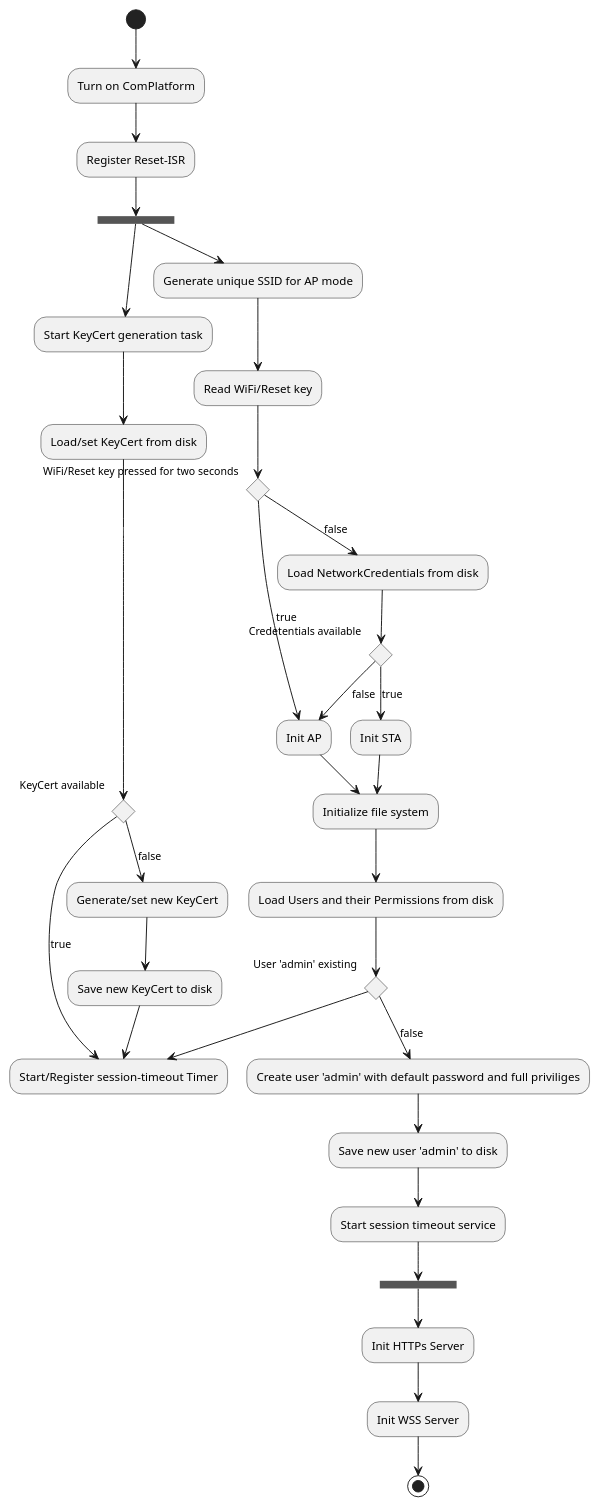
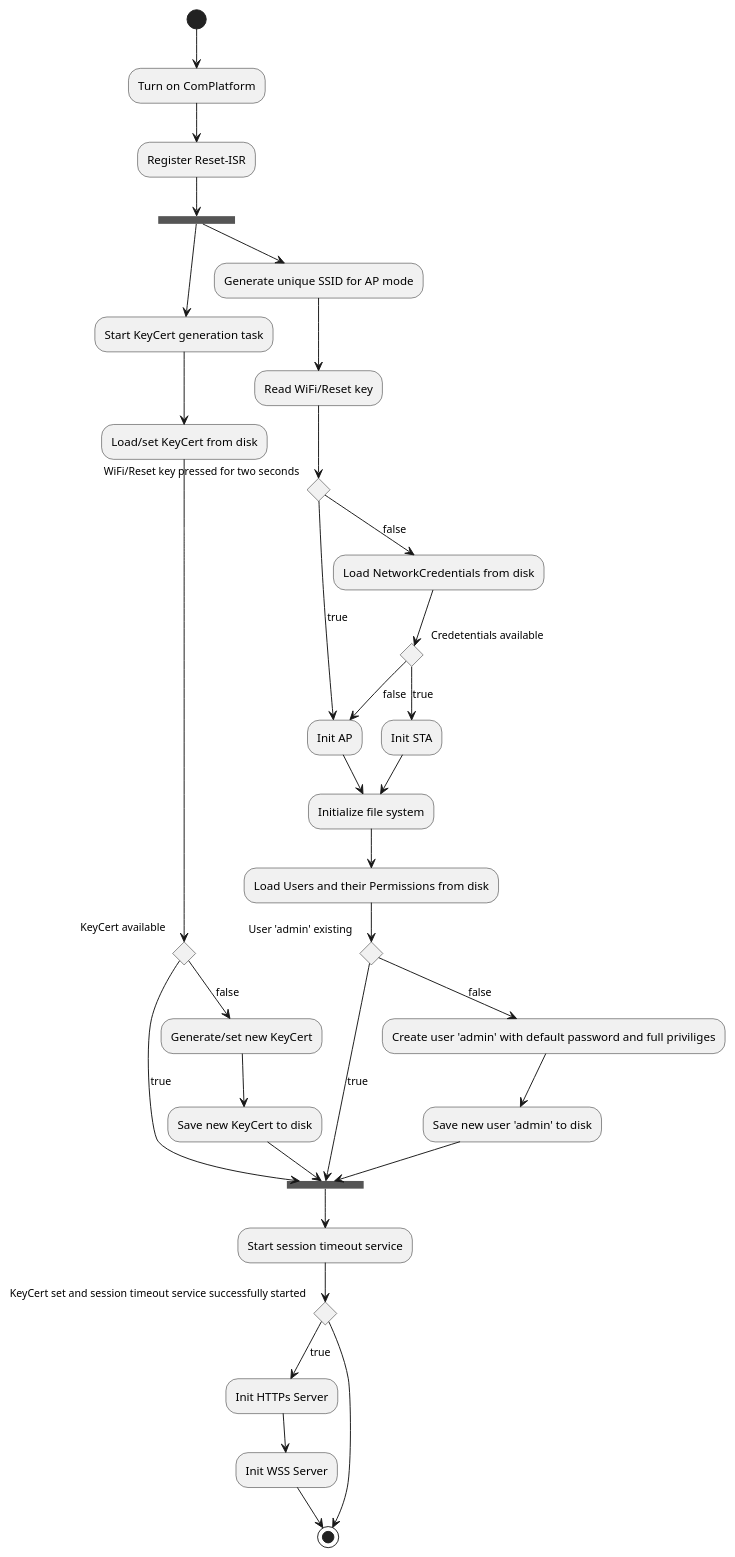
Before and after one commit to NewTec-GmbH/ZumoComSystem: the diagram in doc/design/server/ActivityDiagrams/01_System_Init.plantuml, drawn with PlantUML. The commit also changed 7 other files, not shown here.

Commit message:
refactor(server): Update architecture and design diagrams #63

```diff
--- a/doc/design/server/ActivityDiagrams/01_System_Init.plantuml
+++ b/doc/design/server/ActivityDiagrams/01_System_Init.plantuml
@@ -1,45 +1,48 @@
 @startuml
 (*) --> "Turn on ComPlatform"
 --> "Register Reset-ISR"
 --> === S1 ===
 --> "Start KeyCert generation task"
 --> "Load/set KeyCert from disk"
 
 if "KeyCert available" then
-    --> [true] "Start/Register session-timeout Timer"
+    --> [true] === S2 ===
 else 
     --> [false] "Generate/set new KeyCert"
     --> "Save new KeyCert to disk"
-    --> "Start/Register session-timeout Timer"
+    --> === S2 ===
 endif
 
 === S1 === --> "Generate unique SSID for AP mode"
 --> "Read WiFi/Reset key"
 
 if "WiFi/Reset key pressed for two seconds" then
     --> [true] "Init AP" as initap
 else
     --> [false] "Load NetworkCredentials from disk"
     if "Credetentials available" then
         --> [true] "Init STA"
         --> "Initialize file system"
 else 
         --> [false] initap
 endif
 
 --> "Initialize file system"
 --> "Load Users and their Permissions from disk"
 
 if "User 'admin' existing" then
-    --> "Start/Register session-timeout Timer"
+    --> [true] === S2 === 
 else
     --> [false] "Create user 'admin' with default password and full priviliges"
     --> "Save new user 'admin' to disk"
 endif
-
+--> === S2 ===
 --> "Start session timeout service"
---> === S2 ===
---> "Init HTTPs Server"
---> "Init WSS Server"
---> (*)
+if "KeyCert set and session timeout service successfully started" then
+    --> [true] "Init HTTPs Server"
+    --> "Init WSS Server"
+    --> (*)
+else
+    --> (*)
+endif
 @enduml
```
